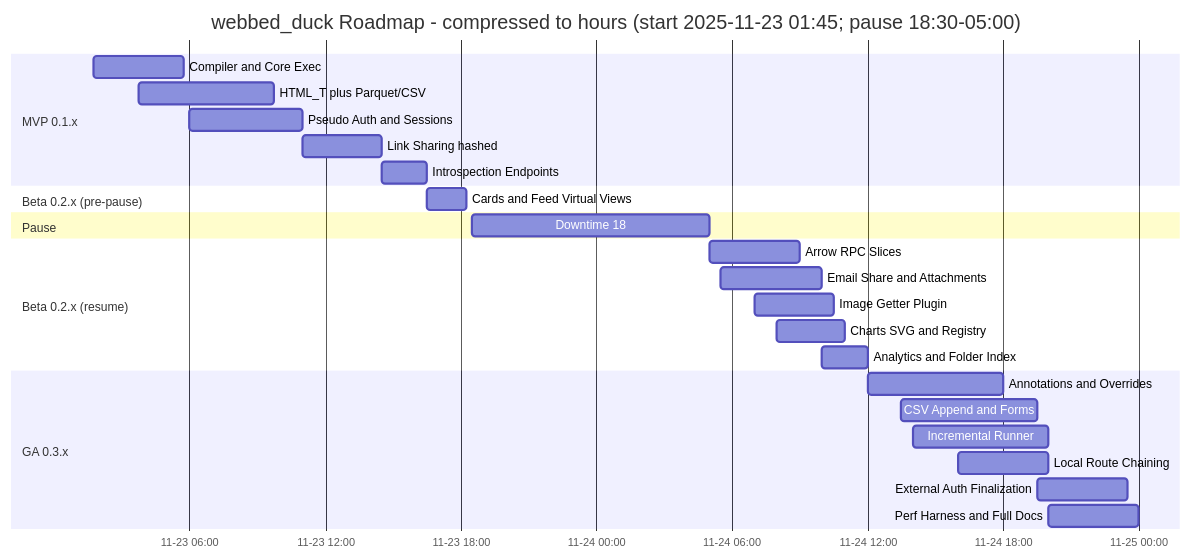
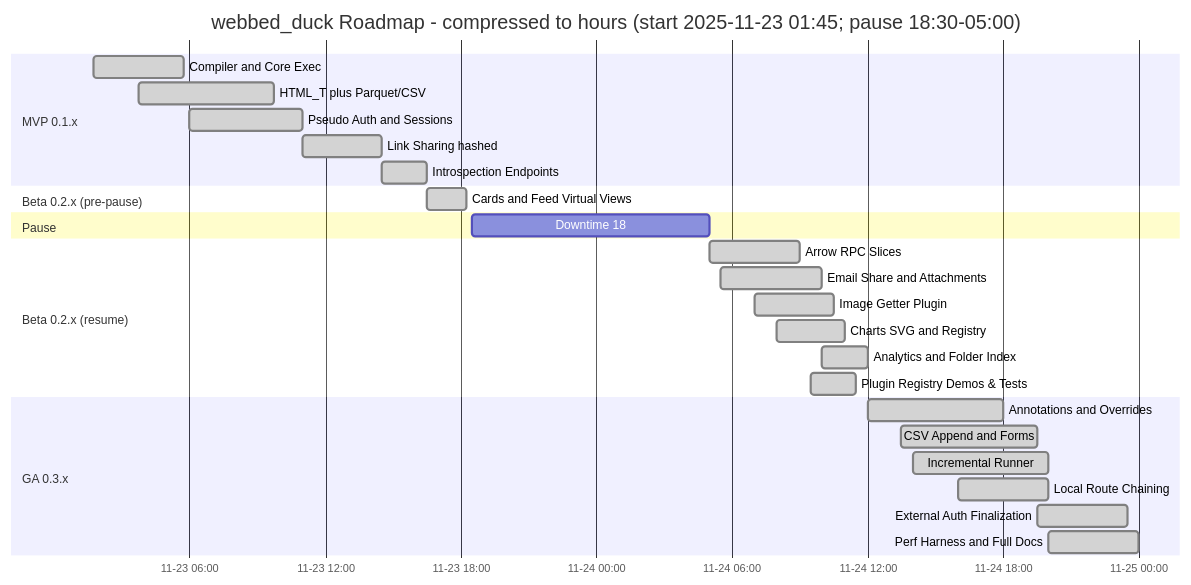
The second of 2 diagrams in AGENTS.md (isaacnfairplay/webbed_duck), drawn with Mermaid before and after one commit. The commit also changed other lines of this file and 22 other files, not shown here.

Commit message:
Add exports, share email, and external auth

````diff
--- a/AGENTS.md
+++ b/AGENTS.md
@@ -615,34 +616,35 @@
 ```mermaid
 gantt
     title webbed_duck Roadmap - compressed to hours (start 2025-11-23 01:45; pause 18:30-05:00)
     dateFormat  YYYY-MM-DD HH:mm
     axisFormat  %m-%d %H:%M
 
     section MVP 0.1.x
-    Compiler and Core Exec        :mvp1, 2025-11-23 01:45, 2025-11-23 05:45
-    HTML_T plus Parquet/CSV       :mvp2, 2025-11-23 03:45, 2025-11-23 09:45
-    Pseudo Auth and Sessions      :mvp3, 2025-11-23 06:00, 2025-11-23 11:00
-    Link Sharing hashed           :mvp4, 2025-11-23 11:00, 2025-11-23 14:30
-    Introspection Endpoints       :mvp5, 2025-11-23 14:30, 2025-11-23 16:30
+    Compiler and Core Exec        :done, mvp1, 2025-11-23 01:45, 2025-11-23 05:45
+    HTML_T plus Parquet/CSV       :done, mvp2, 2025-11-23 03:45, 2025-11-23 09:45
+    Pseudo Auth and Sessions      :done, mvp3, 2025-11-23 06:00, 2025-11-23 11:00
+    Link Sharing hashed           :done, mvp4, 2025-11-23 11:00, 2025-11-23 14:30
+    Introspection Endpoints       :done, mvp5, 2025-11-23 14:30, 2025-11-23 16:30
 
     section Beta 0.2.x (pre-pause)
-    Cards and Feed Virtual Views  :beta1, 2025-11-23 16:30, 2025-11-23 18:15
+    Cards and Feed Virtual Views  :done, beta1, 2025-11-23 16:30, 2025-11-23 18:15
 
     section Pause
     Downtime 18:30-05:00          :pause1, 2025-11-23 18:30, 2025-11-24 05:00
 
     section Beta 0.2.x (resume)
-    Arrow RPC Slices              :beta2, 2025-11-24 05:00, 2025-11-24 09:00
-    Email Share and Attachments   :beta3, 2025-11-24 05:30, 2025-11-24 10:00
-    Image Getter Plugin           :beta4, 2025-11-24 07:00, 2025-11-24 10:30
-    Charts SVG and Registry       :beta5, 2025-11-24 08:00, 2025-11-24 11:00
-    Analytics and Folder Index    :beta6, 2025-11-24 10:00, 2025-11-24 12:00
+    Arrow RPC Slices              :done, beta2, 2025-11-24 05:00, 2025-11-24 09:00
+    Email Share and Attachments   :done, beta3, 2025-11-24 05:30, 2025-11-24 10:00
+    Image Getter Plugin           :done, beta4, 2025-11-24 07:00, 2025-11-24 10:30
+    Charts SVG and Registry       :done, beta5, 2025-11-24 08:00, 2025-11-24 11:00
+    Analytics and Folder Index    :done, beta6, 2025-11-24 10:00, 2025-11-24 12:00
+    Plugin Registry Demos & Tests :done, beta7, 2025-11-24 09:30, 2025-11-24 11:30
 
     section GA 0.3.x
-    Annotations and Overrides     :ga1,  2025-11-24 12:00, 2025-11-24 18:00
-    CSV Append and Forms          :ga2,  2025-11-24 13:30, 2025-11-24 19:30
-    Incremental Runner            :ga3,  2025-11-24 14:00, 2025-11-24 20:00
-    Local Route Chaining          :ga4,  2025-11-24 16:00, 2025-11-24 20:00
-    External Auth Finalization    :ga5,  2025-11-24 19:30, 2025-11-24 23:30
-    Perf Harness and Full Docs    :ga6,  2025-11-24 20:00, 2025-11-25 00:00
+    Annotations and Overrides     :done, ga1,  2025-11-24 12:00, 2025-11-24 18:00
+    CSV Append and Forms          :done, ga2,  2025-11-24 13:30, 2025-11-24 19:30
+    Incremental Runner            :done, ga3,  2025-11-24 14:00, 2025-11-24 20:00
+    Local Route Chaining          :done, ga4,  2025-11-24 16:00, 2025-11-24 20:00
+    External Auth Finalization    :done, ga5,  2025-11-24 19:30, 2025-11-24 23:30
+    Perf Harness and Full Docs    :done, ga6,  2025-11-24 20:00, 2025-11-25 00:00
 ```
````
